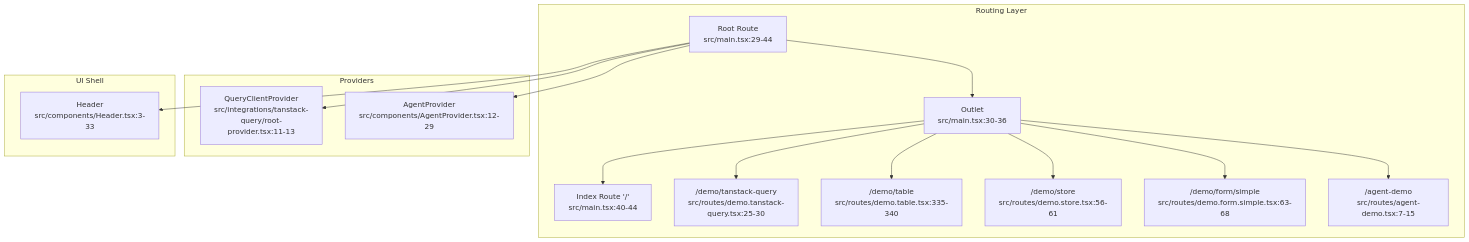
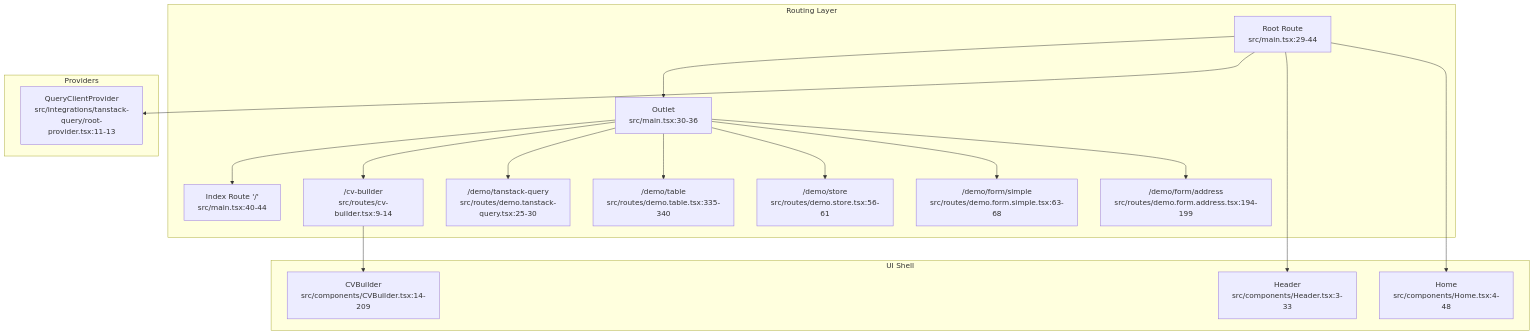
The second of 9 diagrams in .qoder/repowiki/en/content/Developer Tools & Examples/Demo Routes & Navigation.md (DoVuDung/cv-portfolio-builder), drawn with Mermaid before and after one commit. The commit also changed other lines of this file and 26 other files, not shown here.

First line of the commit message:
docs(agent): update AI Agent System with MCP tool architecture and CV Builder integration

````diff
--- a/.qoder/repowiki/en/content/Developer Tools & Examples/Demo Routes & Navigation.md
+++ b/.qoder/repowiki/en/content/Developer Tools & Examples/Demo Routes & Navigation.md
@@ -115,22 +121,25 @@
 ```mermaid
 graph TB
 subgraph "Routing Layer"
 R["Root Route<br/>src/main.tsx:29-44"] --> O1["Outlet<br/>src/main.tsx:30-36"]
 O1 --> IDX["Index Route '/'<br/>src/main.tsx:40-44"]
+O1 --> CV["/cv-builder<br/>src/routes/cv-builder.tsx:9-14"]
 O1 --> DEMO1["/demo/tanstack-query<br/>src/routes/demo.tanstack-query.tsx:25-30"]
 O1 --> DEMO2["/demo/table<br/>src/routes/demo.table.tsx:335-340"]
 O1 --> DEMO3["/demo/store<br/>src/routes/demo.store.tsx:56-61"]
 O1 --> DEMO4["/demo/form/simple<br/>src/routes/demo.form.simple.tsx:63-68"]
-O1 --> AGENT["/agent-demo<br/>src/routes/agent-demo.tsx:7-15"]
+O1 --> DEMO5["/demo/form/address<br/>src/routes/demo.form.address.tsx:194-199"]
 end
 subgraph "Providers"
 QP["QueryClientProvider<br/>src/integrations/tanstack-query/root-provider.tsx:11-13"]
-AP["AgentProvider<br/>src/components/AgentProvider.tsx:12-29"]
 end
 subgraph "UI Shell"
 HDR["Header<br/>src/components/Header.tsx:3-33"]
+END["Home<br/>src/components/Home.tsx:4-48"]
+CVB["CVBuilder<br/>src/components/CVBuilder.tsx:14-209"]
 end
 R --> QP
-R --> AP
 R --> HDR
+R --> END
+CV --> CVB
 ```
````
